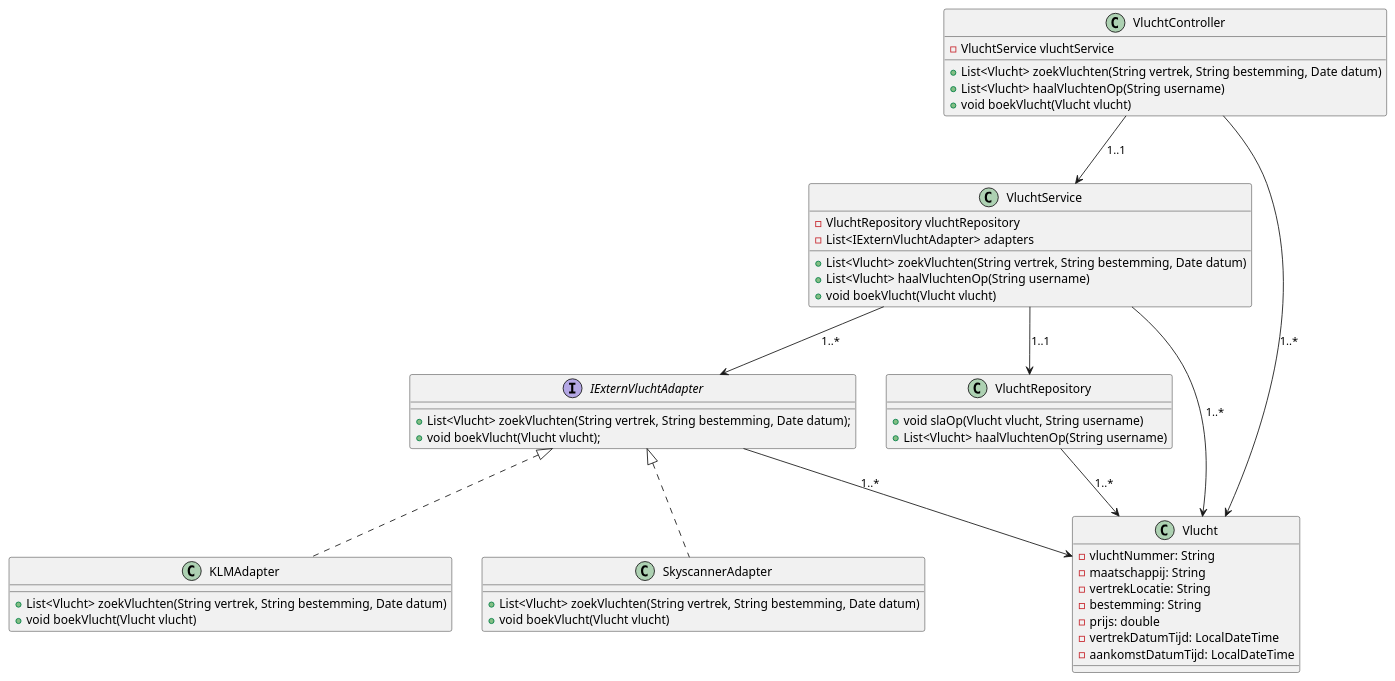
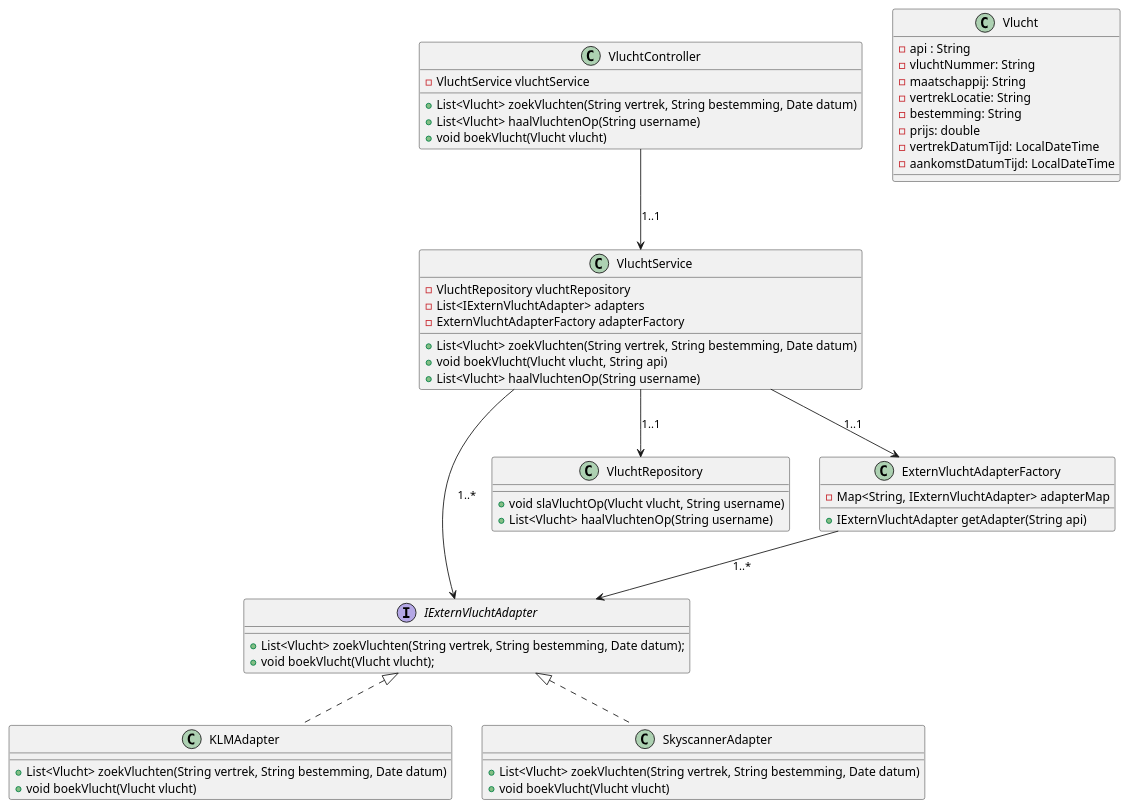
One commit to AIM-ENE-feb25/triptop-groep-6-caspar-khaled-daniel changed the diagram in persoonlijk werk/classDiagram.puml. Above: the diagram before and after it, drawn with PlantUML. The commit also changed 1 other file, not shown here.

Commit message:
diagram changes

```diff
--- a/persoonlijk werk/classDiagram.puml
+++ b/persoonlijk werk/classDiagram.puml
@@ -1,57 +1,67 @@
 @startuml class diagram
 
 class VluchtController {
     - VluchtService vluchtService
     + List<Vlucht> zoekVluchten(String vertrek, String bestemming, Date datum)
     + List<Vlucht> haalVluchtenOp(String username)
     + void boekVlucht(Vlucht vlucht)
 }
 
 class VluchtService {
     - VluchtRepository vluchtRepository
     - List<IExternVluchtAdapter> adapters
+    - ExternVluchtAdapterFactory adapterFactory
     + List<Vlucht> zoekVluchten(String vertrek, String bestemming, Date datum)
+    + void boekVlucht(Vlucht vlucht, String api)
     + List<Vlucht> haalVluchtenOp(String username)
-    + void boekVlucht(Vlucht vlucht)
 }
 
 interface IExternVluchtAdapter {
     + List<Vlucht> zoekVluchten(String vertrek, String bestemming, Date datum);
     + void boekVlucht(Vlucht vlucht);
 }
 
 class KLMAdapter implements IExternVluchtAdapter {
     + List<Vlucht> zoekVluchten(String vertrek, String bestemming, Date datum)
     + void boekVlucht(Vlucht vlucht)
 }
 
 class SkyscannerAdapter implements IExternVluchtAdapter {
     + List<Vlucht> zoekVluchten(String vertrek, String bestemming, Date datum)
     + void boekVlucht(Vlucht vlucht)
 }
 
 class VluchtRepository {
-    + void slaOp(Vlucht vlucht, String username)
+    + void slaVluchtOp(Vlucht vlucht, String username)
     + List<Vlucht> haalVluchtenOp(String username)
 }
 
+
+class ExternVluchtAdapterFactory {
+    - Map<String, IExternVluchtAdapter> adapterMap
+    + IExternVluchtAdapter getAdapter(String api)
+}
+
 class Vlucht {
+    - api : String
     - vluchtNummer: String
     - maatschappij: String
     - vertrekLocatie: String
     - bestemming: String
     - prijs: double
     - vertrekDatumTijd: LocalDateTime
     - aankomstDatumTijd: LocalDateTime
 }
 
 VluchtController --> VluchtService : 1..1
 VluchtService --> VluchtRepository : 1..1
+ExternVluchtAdapterFactory --> IExternVluchtAdapter : 1..*
 VluchtService --> IExternVluchtAdapter : 1..*
+VluchtService --> ExternVluchtAdapterFactory : 1..1
 
-VluchtService --> Vlucht : 1..*
-VluchtController --> Vlucht : 1..*
-VluchtRepository --> Vlucht : 1..*
-IExternVluchtAdapter --> Vlucht : 1..*
+'VluchtService --> Vlucht : 1..*
+'VluchtController --> Vlucht : 1..*
+'VluchtRepository --> Vlucht : 1..*
+'IExternVluchtAdapter --> Vlucht : 1..*
 
 @enduml
```
